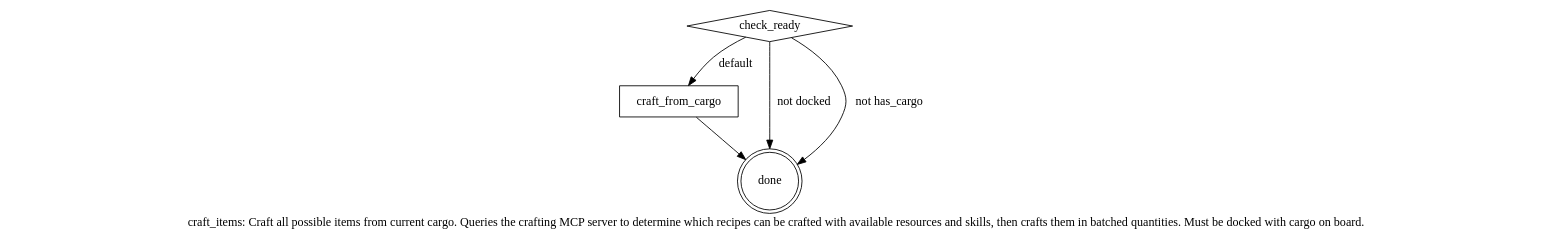
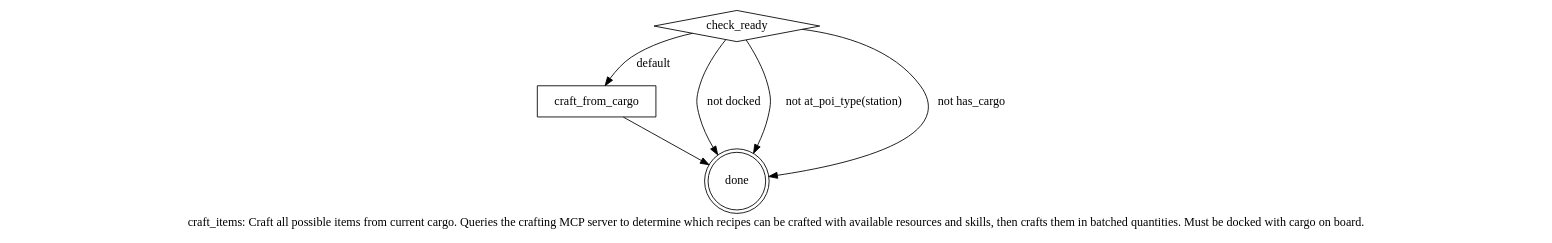
One commit to rsned/spacemolt changed the diagram in data/skills/craft_items.dot. Above: the diagram before and after it, drawn with Graphviz. The commit also changed 12 other files, not shown here.

```diff
--- a/data/skills/craft_items.dot
+++ b/data/skills/craft_items.dot
@@ -1,13 +1,14 @@
 digraph craft_items {
   label="craft_items: Craft all possible items from current cargo. Queries the crafting MCP server to determine which recipes can be crafted with available resources and skills, then crafts them in batched quantities. Must be docked with cargo on board.\n"
   rankdir=TB
 
   check_ready [shape=diamond label="check_ready"]
   craft [shape=box label="craft_from_cargo"]
   done [shape=doublecircle label="done"]
 
   check_ready -> done [label="not docked"]
+  check_ready -> done [label="not at_poi_type(station)"]
   check_ready -> done [label="not has_cargo"]
   check_ready -> craft [label="default"]
   craft -> done
 }
```
